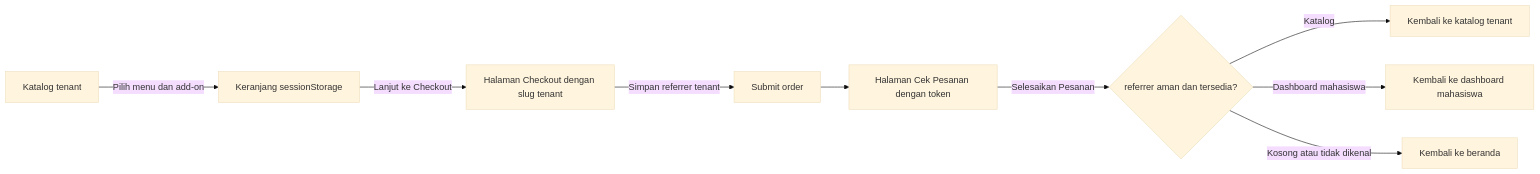
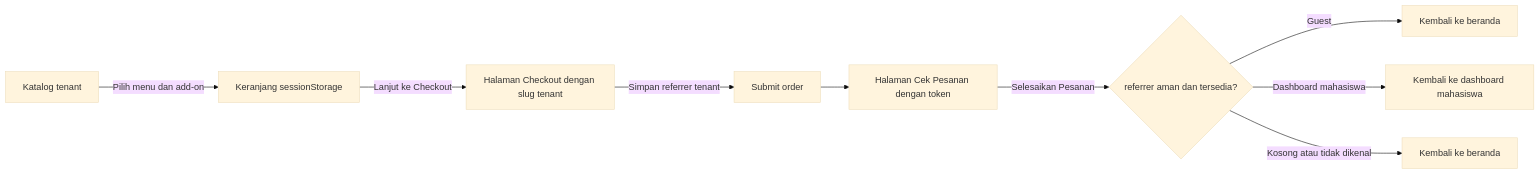
Before and after one commit to nandayudhistirawibowo/SiKantin: the sixth of 8 diagrams in FLOWCHART.md, drawn with Mermaid (base theme). The commit also changed other lines of this file and 4 other files, not shown here.

````diff
--- a/FLOWCHART.md
+++ b/FLOWCHART.md
@@ -138,11 +145,11 @@
 ```mermaid
 flowchart LR
     A[Katalog tenant] -->|Pilih menu dan add-on| B[Keranjang sessionStorage]
     B -->|Lanjut ke Checkout| C[Halaman Checkout dengan slug tenant]
     C -->|Simpan referrer tenant| D[Submit order]
     D --> E[Halaman Cek Pesanan dengan token]
     E -->|Selesaikan Pesanan| F{referrer aman dan tersedia?}
-    F -- Katalog --> G[Kembali ke katalog tenant]
+    F -- Guest --> G[Kembali ke beranda]
     F -- Dashboard mahasiswa --> H[Kembali ke dashboard mahasiswa]
     F -- Kosong atau tidak dikenal --> I[Kembali ke beranda]
 ```
````
